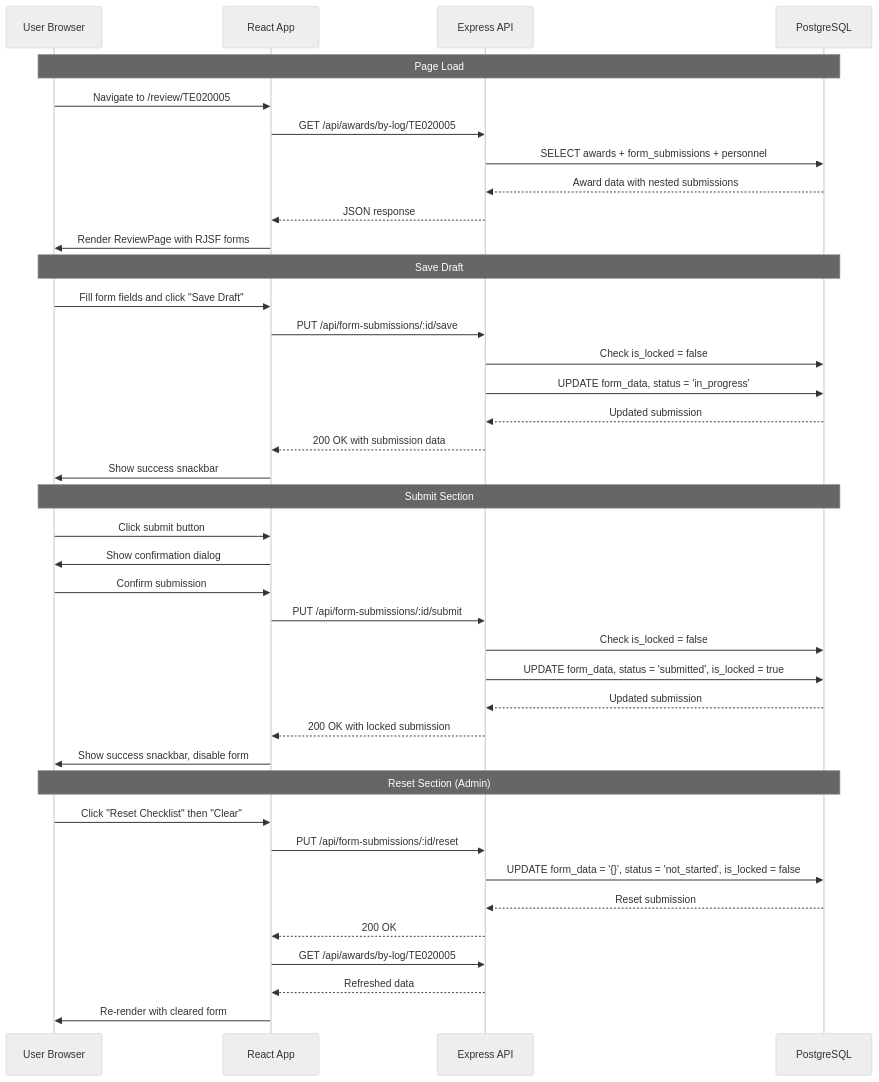
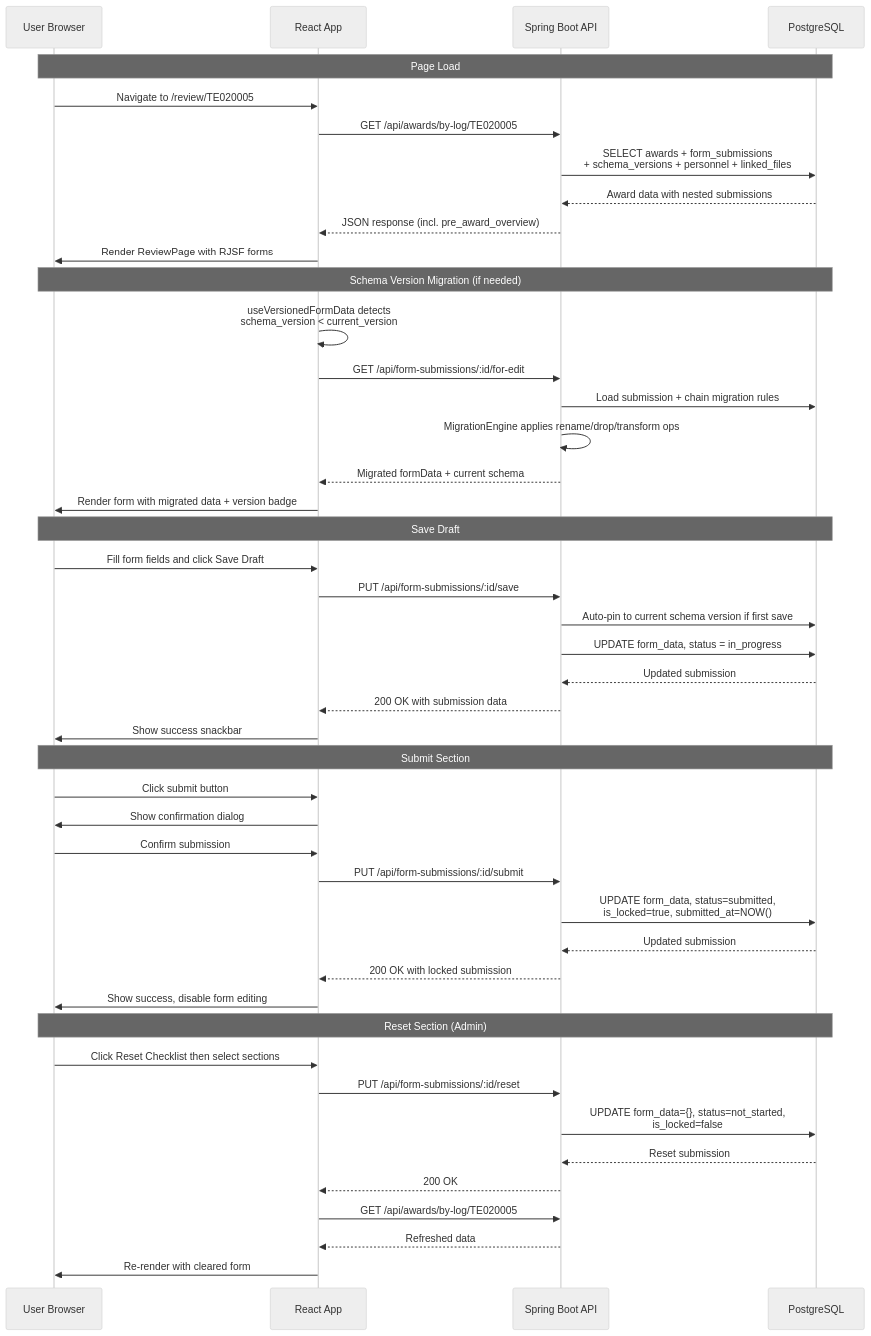
One commit to jphipps42/RJSF-POC changed the diagram in docs/diagrams/form-submission-flow.md. Above: the diagram before and after it, drawn with Mermaid (neutral theme). The commit also changed 197 other files, not shown here.

````diff
--- a/docs/diagrams/form-submission-flow.md
+++ b/docs/diagrams/form-submission-flow.md
@@ -1,45 +1,52 @@
 ```mermaid
 sequenceDiagram
     participant U as User Browser
     participant R as React App
-    participant A as Express API
+    participant A as Spring Boot API
     participant D as PostgreSQL
 
     Note over U,D: Page Load
     U->>R: Navigate to /review/TE020005
     R->>A: GET /api/awards/by-log/TE020005
-    A->>D: SELECT awards + form_submissions + personnel
+    A->>D: SELECT awards + form_submissions<br/>+ schema_versions + personnel + linked_files
     D-->>A: Award data with nested submissions
-    A-->>R: JSON response
+    A-->>R: JSON response (incl. pre_award_overview)
     R->>U: Render ReviewPage with RJSF forms
 
+    Note over U,D: Schema Version Migration (if needed)
+    R->>R: useVersionedFormData detects<br/>schema_version < current_version
+    R->>A: GET /api/form-submissions/:id/for-edit
+    A->>D: Load submission + chain migration rules
+    A->>A: MigrationEngine applies rename/drop/transform ops
+    A-->>R: Migrated formData + current schema
+    R->>U: Render form with migrated data + version badge
+
     Note over U,D: Save Draft
-    U->>R: Fill form fields and click "Save Draft"
+    U->>R: Fill form fields and click Save Draft
     R->>A: PUT /api/form-submissions/:id/save
-    A->>D: Check is_locked = false
-    A->>D: UPDATE form_data, status = 'in_progress'
+    A->>D: Auto-pin to current schema version if first save
+    A->>D: UPDATE form_data, status = in_progress
     D-->>A: Updated submission
     A-->>R: 200 OK with submission data
     R->>U: Show success snackbar
 
     Note over U,D: Submit Section
     U->>R: Click submit button
     R->>U: Show confirmation dialog
     U->>R: Confirm submission
     R->>A: PUT /api/form-submissions/:id/submit
-    A->>D: Check is_locked = false
-    A->>D: UPDATE form_data, status = 'submitted', is_locked = true
+    A->>D: UPDATE form_data, status=submitted,<br/>is_locked=true, submitted_at=NOW()
     D-->>A: Updated submission
     A-->>R: 200 OK with locked submission
-    R->>U: Show success snackbar, disable form
+    R->>U: Show success, disable form editing
 
     Note over U,D: Reset Section (Admin)
-    U->>R: Click "Reset Checklist" then "Clear"
+    U->>R: Click Reset Checklist then select sections
     R->>A: PUT /api/form-submissions/:id/reset
-    A->>D: UPDATE form_data = '{}', status = 'not_started', is_locked = false
+    A->>D: UPDATE form_data={}, status=not_started,<br/>is_locked=false
     D-->>A: Reset submission
     A-->>R: 200 OK
     R->>A: GET /api/awards/by-log/TE020005
     A-->>R: Refreshed data
     R->>U: Re-render with cleared form
 ```
````
